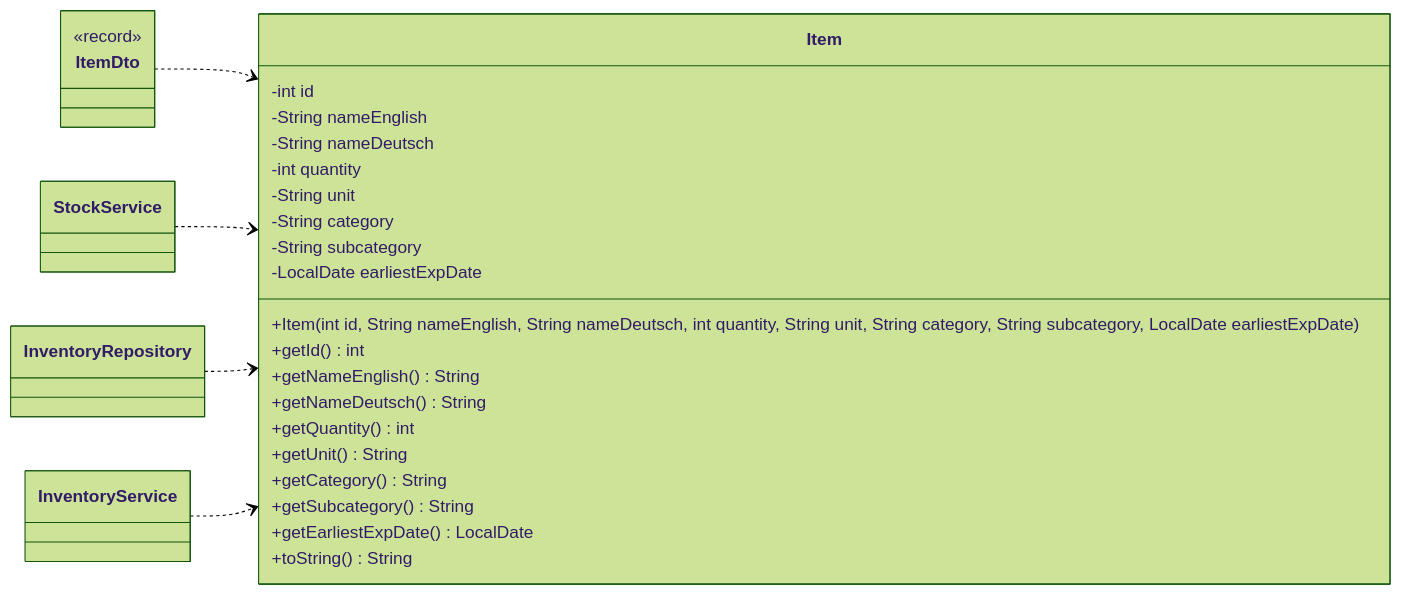
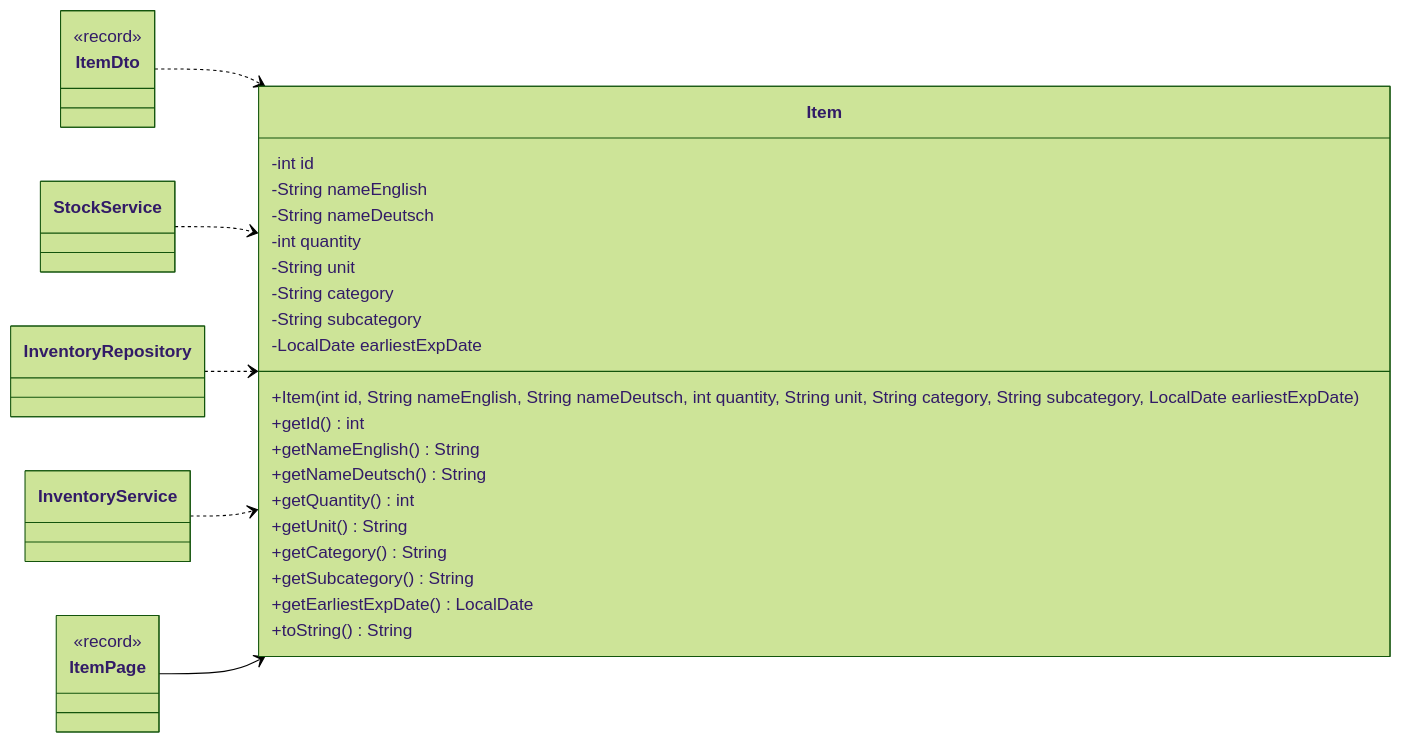
One commit to Nate-ryan-7690/dahaem changed the fourth of 5 diagrams in docs/classes/inventory.md. Above: the diagram before and after it, drawn with Mermaid (forest theme). The commit also changed other lines of this file and 6 other files, not shown here.

````diff
--- a/docs/classes/inventory.md
+++ b/docs/classes/inventory.md
@@ -131,34 +150,38 @@
 ```mermaid
 classDiagram
     direction LR
     class inventory_Item["Item"] {
         -int id
         -String nameEnglish
         -String nameDeutsch
         -int quantity
         -String unit
         -String category
         -String subcategory
         -LocalDate earliestExpDate
         +Item(int id, String nameEnglish, String nameDeutsch, int quantity, String unit, String category, String subcategory, LocalDate earliestExpDate)
         +getId() int
         +getNameEnglish() String
         +getNameDeutsch() String
         +getQuantity() int
         +getUnit() String
         +getCategory() String
         +getSubcategory() String
         +getEarliestExpDate() LocalDate
         +toString() String
     }
+    class inventory_ItemPage["ItemPage"] {
+        <<record>>
+    }
     class api_ItemDto["ItemDto"] {
         <<record>>
     }
     class finance_StockService["StockService"]
     class inventory_InventoryRepository["InventoryRepository"]
     class inventory_InventoryService["InventoryService"]
     api_ItemDto ..> inventory_Item
     finance_StockService ..> inventory_Item
     inventory_InventoryRepository ..> inventory_Item
     inventory_InventoryService ..> inventory_Item
+    inventory_ItemPage --> inventory_Item
 ```
````
